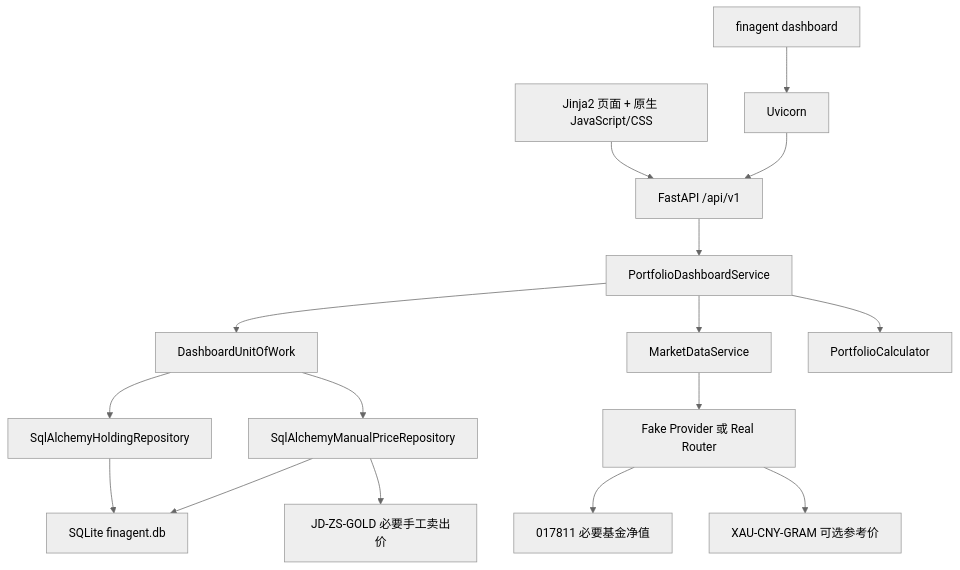
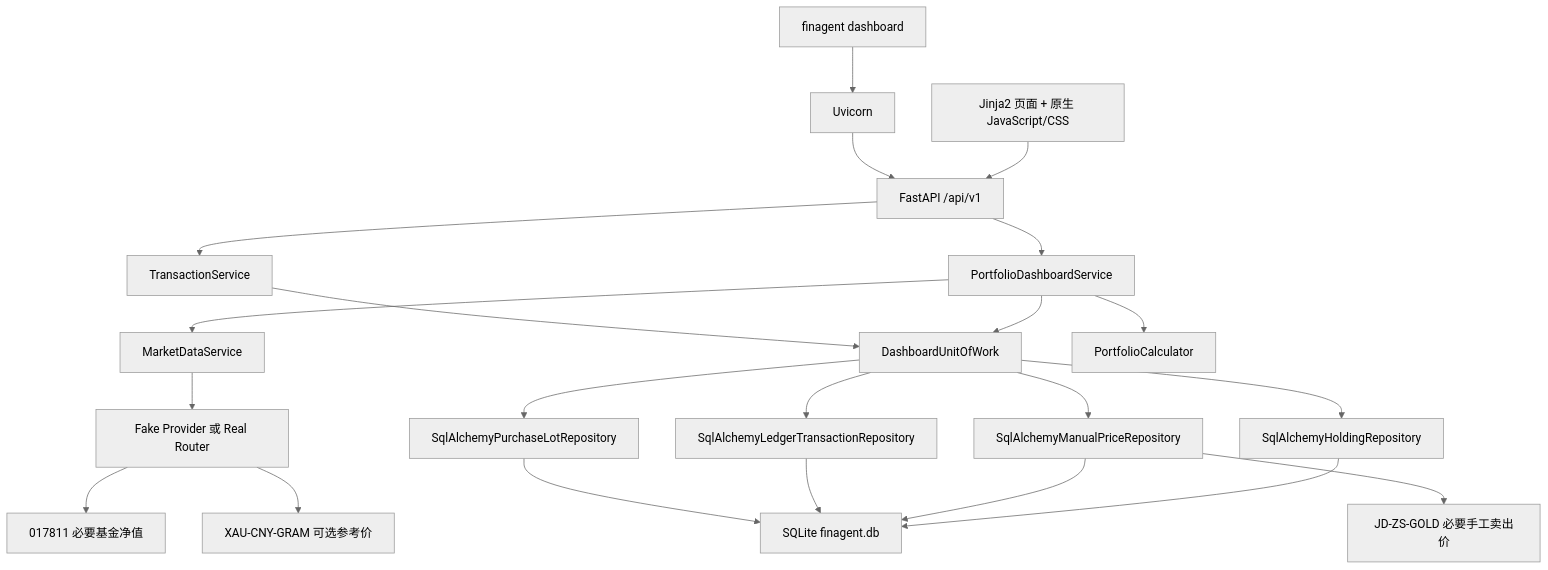
One commit to xmzhhh/xmz-agent changed the second of 2 diagrams in docs/ARCHITECTURE.md. Above: the diagram before and after it, drawn with Mermaid (neutral theme). The commit also changed other lines of this file and 14 other files, not shown here.

Commit message:
feat: expose transaction ledger in dashboard

````diff
--- a/docs/ARCHITECTURE.md
+++ b/docs/ARCHITECTURE.md
@@ -197,18 +197,24 @@
 ```mermaid
 flowchart TD
     Browser["Jinja2 页面 + 原生 JavaScript/CSS"] --> API["FastAPI /api/v1"]
     CLI["finagent dashboard"] --> Server["Uvicorn"]
     Server --> API
     API --> Dashboard["PortfolioDashboardService"]
+    API --> Transactions["TransactionService"]
     Dashboard --> UOW["DashboardUnitOfWork"]
+    Transactions --> UOW
     UOW --> Holdings["SqlAlchemyHoldingRepository"]
     UOW --> ManualPrices["SqlAlchemyManualPriceRepository"]
+    UOW --> Ledger["SqlAlchemyLedgerTransactionRepository"]
+    UOW --> Lots["SqlAlchemyPurchaseLotRepository"]
     Holdings --> SQLite["SQLite finagent.db"]
     ManualPrices --> SQLite
+    Ledger --> SQLite
+    Lots --> SQLite
     Dashboard --> Market["MarketDataService"]
     Market --> Provider["Fake Provider 或 Real Router"]
     Dashboard --> Calculator["PortfolioCalculator"]
     Provider --> Required["017811 必要基金净值"]
     Provider --> Reference["XAU-CNY-GRAM 可选参考价"]
     ManualPrices --> Gold["JD-ZS-GOLD 必要手工卖出价"]
 ```
````
